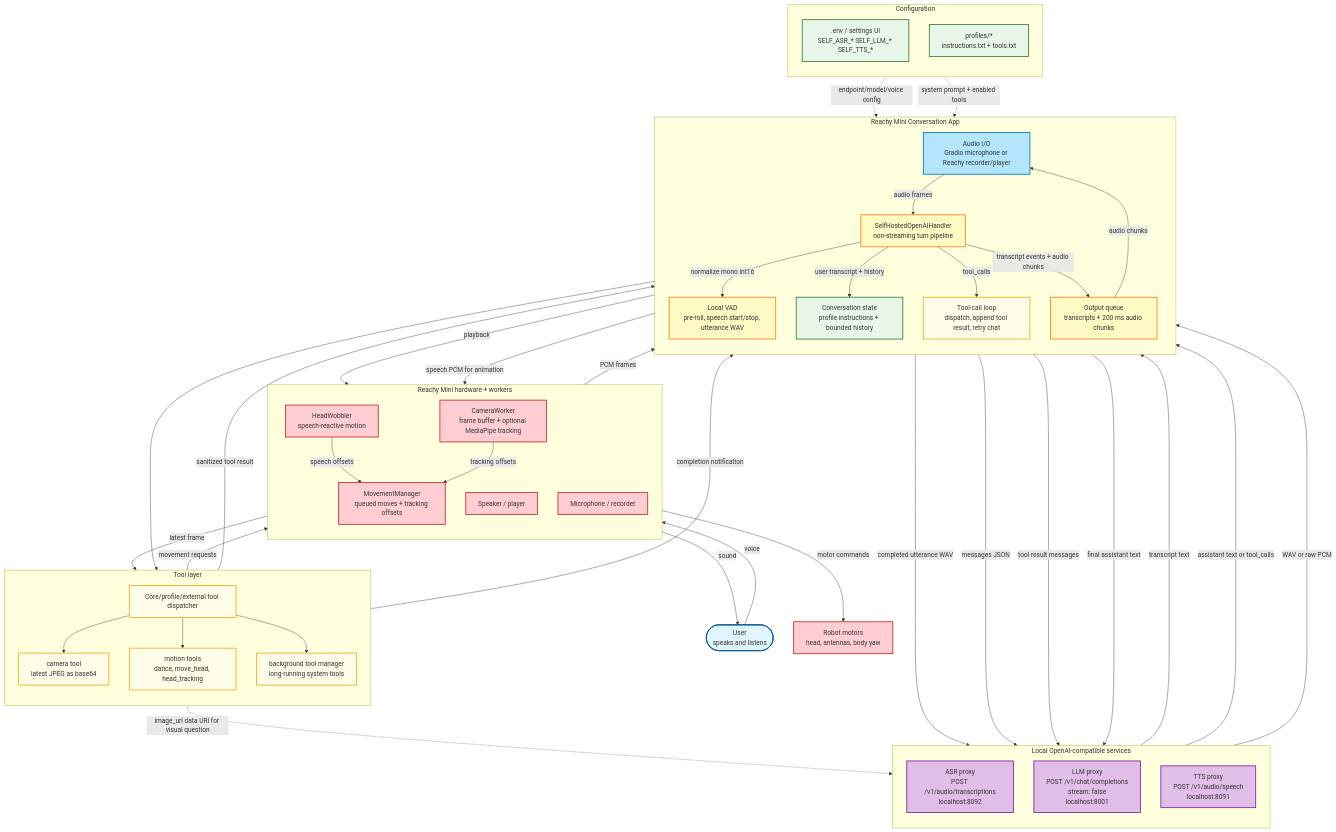
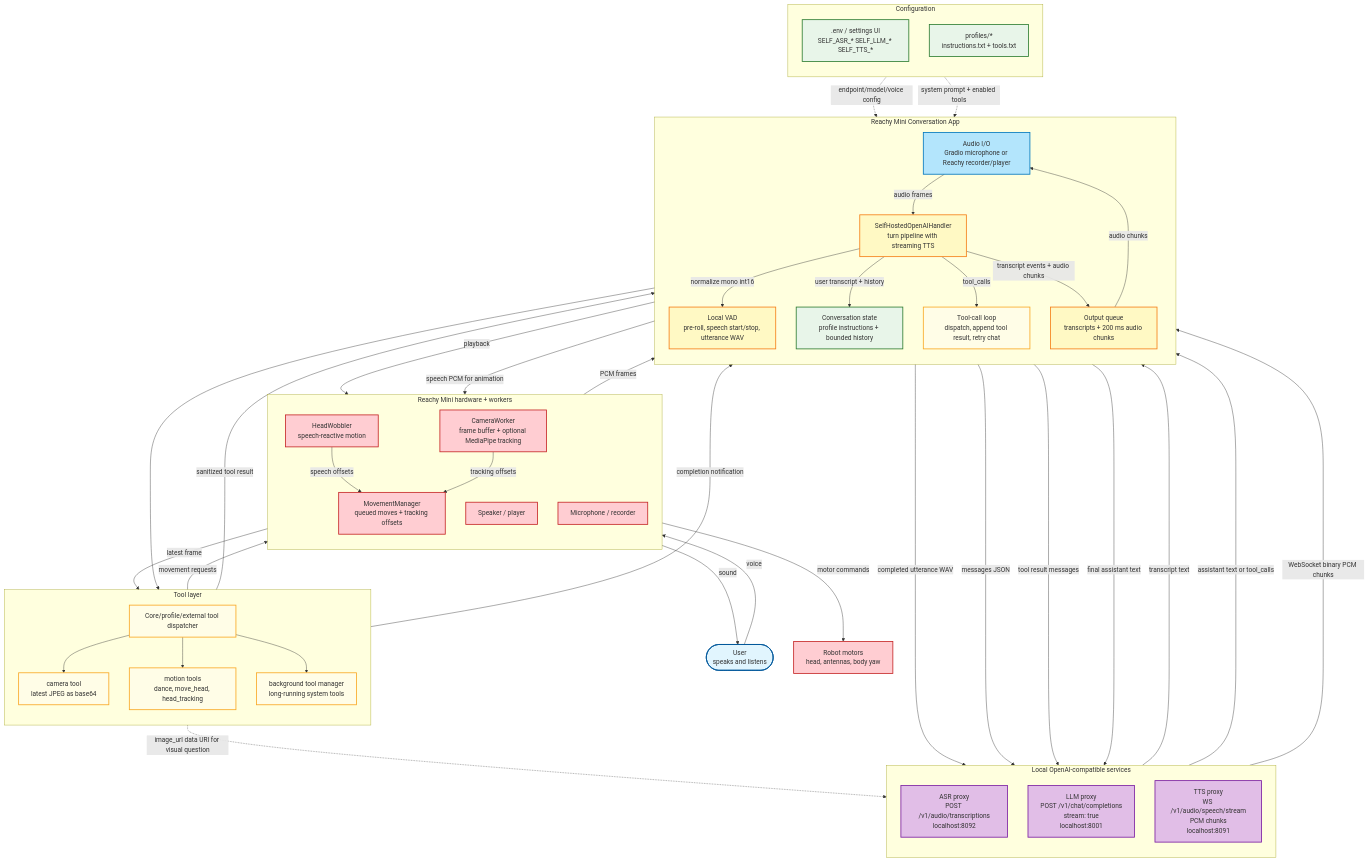
The diagram in README.md (Xiuzhenpeng/reachy_mini_conversation_app), drawn with Mermaid before and after one commit. The commit also changed other lines of this file and 7 other files, not shown here.

Commit message:
Change llm and tts to streaming

```diff
--- a/README.md
+++ b/README.md
@@ -47,7 +47,7 @@
     subgraph Runtime["Reachy Mini Conversation App"]
         direction TB
         UI["Audio I/O<br/>Gradio microphone or Reachy recorder/player"]:::uiStyle
-        Handler["SelfHostedOpenAIHandler<br/>non-streaming turn pipeline"]:::coreStyle
+        Handler["SelfHostedOpenAIHandler<br/>turn pipeline with streaming TTS"]:::coreStyle
         VAD["Local VAD<br/>pre-roll, speech start/stop, utterance WAV"]:::coreStyle
         History["Conversation state<br/>profile instructions + bounded history"]:::dataStyle
         ToolLoop["Tool-call loop<br/>dispatch, append tool result, retry chat"]:::toolStyle
@@ -57,8 +57,8 @@
     subgraph LocalServices["Local OpenAI-compatible services"]
         direction TB
         ASR["ASR proxy<br/>POST /v1/audio/transcriptions<br/>localhost:8092"]:::serviceStyle
-        LLM["LLM proxy<br/>POST /v1/chat/completions<br/>stream: false<br/>localhost:8001"]:::serviceStyle
-        TTS["TTS proxy<br/>POST /v1/audio/speech<br/>localhost:8091"]:::serviceStyle
+        LLM["LLM proxy<br/>POST /v1/chat/completions<br/>stream: true<br/>localhost:8001"]:::serviceStyle
+        TTS["TTS proxy<br/>WS /v1/audio/speech/stream<br/>PCM chunks<br/>localhost:8091"]:::serviceStyle
     end
 
     subgraph Tools["Tool layer"]
@@ -107,7 +107,7 @@
     BgTools -- completion notification --> ToolLoop
     ToolLoop -- tool result messages --> LLM
     Handler -- final assistant text --> TTS
-    TTS -- WAV or raw PCM --> Handler
+    TTS -- WebSocket binary PCM chunks --> Handler
     Handler -- transcript events + audio chunks --> OutputQueue
     OutputQueue -- audio chunks --> UI
     UI -- playback --> Speaker
```
